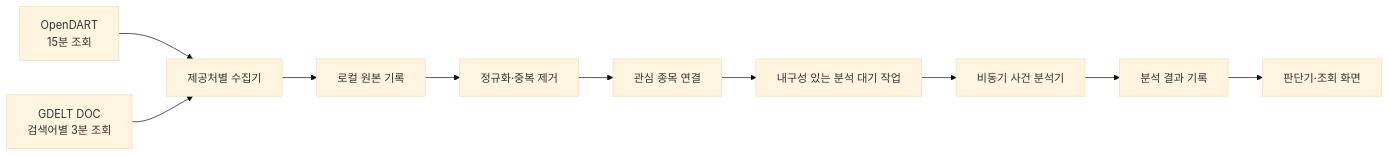
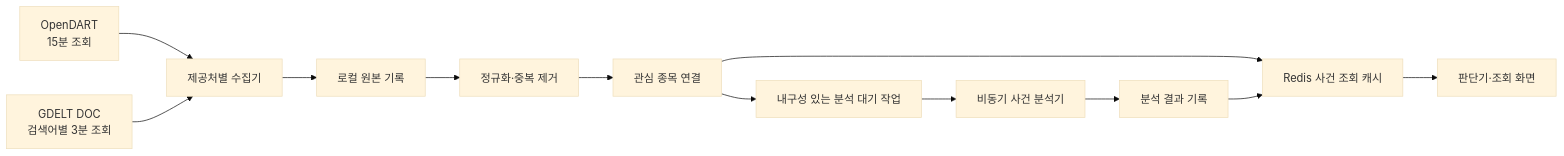
The first of 2 diagrams in docs/lld/03-event-data.md (ShinYEB/Auto-helm), drawn with Mermaid (base theme) before and after one commit. The commit also changed other lines of this file and 2 other files, not shown here.

Commit message:
Design Redis event query cache

````diff
--- a/docs/lld/03-event-data.md
+++ b/docs/lld/03-event-data.md
@@ -13,12 +13,14 @@
 ```mermaid
 flowchart LR
     DART["OpenDART<br/>15분 조회"] --> FETCH["제공처별 수집기"]
     GDELT["GDELT DOC<br/>검색어별 3분 조회"] --> FETCH
     FETCH --> RAW["로컬 원본 기록"]
     RAW --> NORM["정규화·중복 제거"]
     NORM --> LINK["관심 종목 연결"]
     LINK --> JOB["내구성 있는 분석 대기 작업"]
     JOB --> AI["비동기 사건 분석기"]
     AI --> RESULT["분석 결과 기록"]
-    RESULT --> DEC["판단기·조회 화면"]
+    LINK --> CACHE["Redis 사건 조회 캐시"]
+    RESULT --> CACHE
+    CACHE --> DEC["판단기·조회 화면"]
 ```
````
